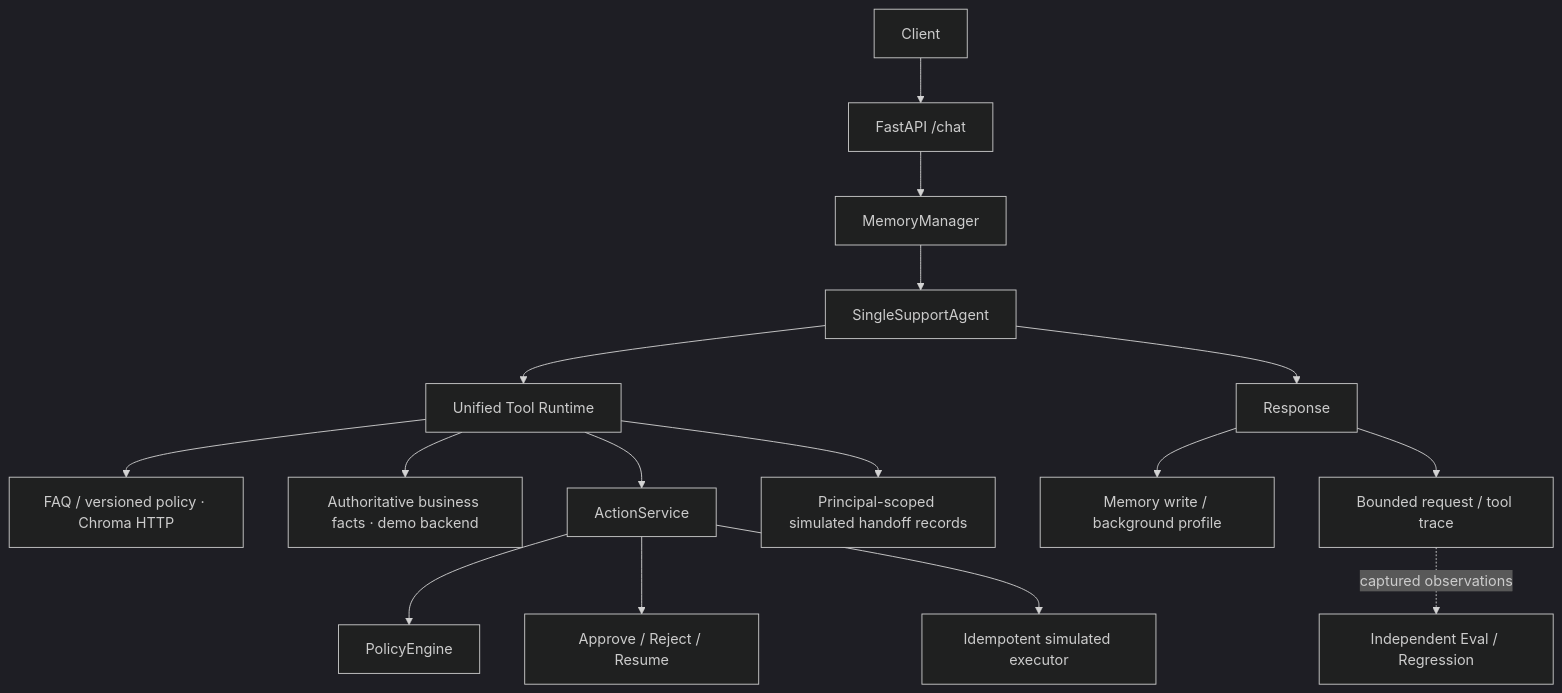
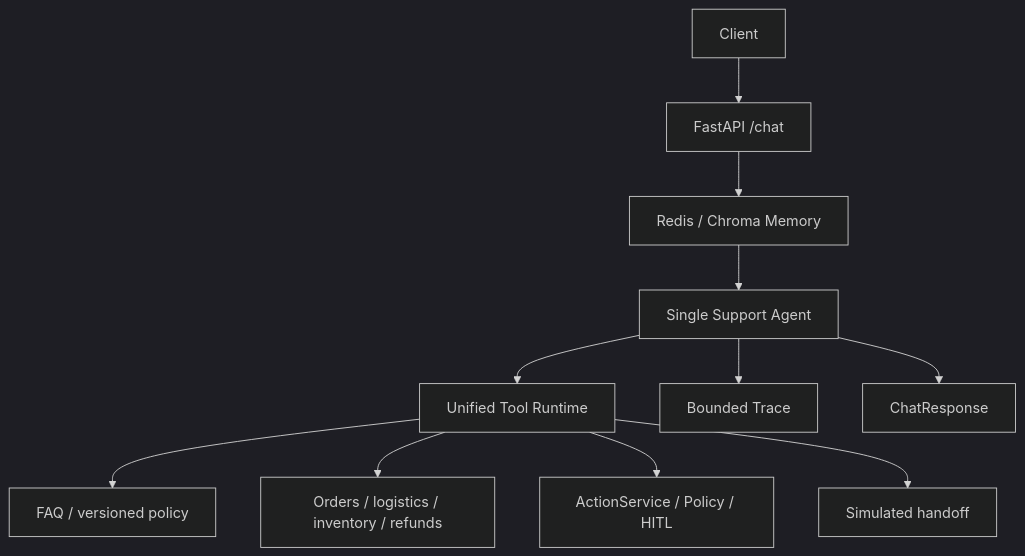
Before and after one commit to nanxin-49/MyAgent_1: the diagram in README.md, drawn with Mermaid (dark theme). The commit also changed other lines of this file and 25 other files, not shown here.

````diff
--- a/README.md
+++ b/README.md
@@ -17,18 +85,13 @@
 ```mermaid
 flowchart TD
     Client --> API[FastAPI /chat]
-    API --> MemoryManager
-    MemoryManager --> SingleSupportAgent
-    SingleSupportAgent --> ToolRuntime[Unified Tool Runtime]
-    ToolRuntime --> RAG[FAQ / versioned policy · Chroma HTTP]
-    ToolRuntime --> Providers[Authoritative business facts · demo backend]
-    ToolRuntime --> ActionService
-    ToolRuntime --> HandoffService[Principal-scoped simulated handoff records]
-    ActionService --> PolicyEngine
-    ActionService --> HITL[Approve / Reject / Resume]
-    ActionService --> Executor[Idempotent simulated executor]
-    SingleSupportAgent --> Response
-    Response --> MemoryWrite[Memory write / background profile]
-    Response --> Trace[Bounded request / tool trace]
-    Trace -. captured observations .-> Eval[Independent Eval / Regression]
+    API --> Memory[Redis / Chroma Memory]
+    Memory --> Agent[Single Support Agent]
+    Agent --> Tools[Unified Tool Runtime]
+    Tools --> RAG[FAQ / versioned policy]
+    Tools --> Providers[Orders / logistics / inventory / refunds]
+    Tools --> Actions[ActionService / Policy / HITL]
+    Tools --> Handoff[Simulated handoff]
+    Agent --> Trace[Bounded Trace]
+    Agent --> Response[ChatResponse]
 ```
````
